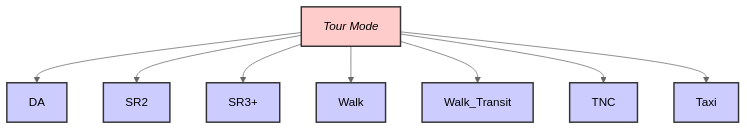
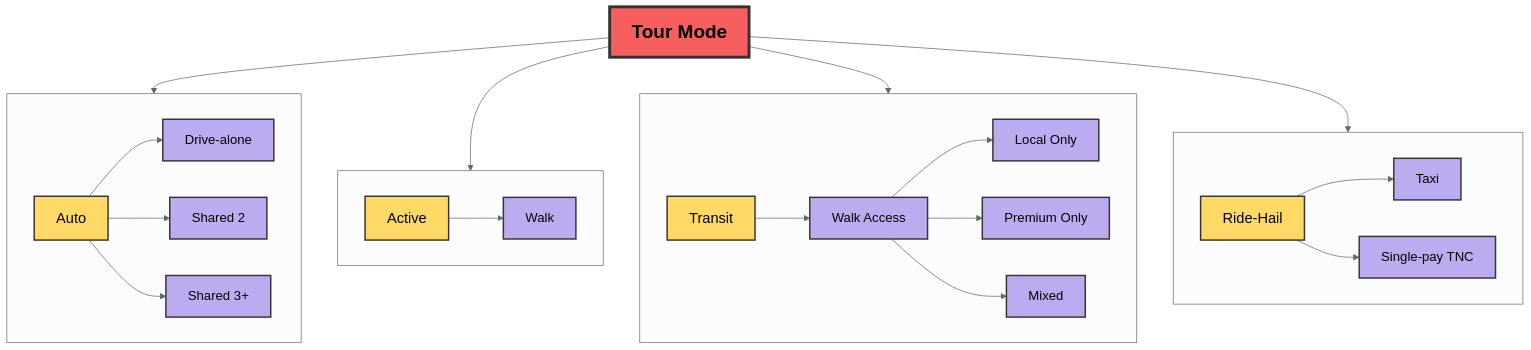
Before and after one commit to SANDAG/ABM: the fourth of 4 diagrams in docs/design.md, drawn with Mermaid (neutral theme). The commit also changed other lines of this file, not shown here.

Commit message:
Pretty flowchart

````diff
--- a/docs/design.md
+++ b/docs/design.md
@@ -307,21 +390,43 @@
 ```mermaid
-graph TD; 
-    A["`*Tour Mode*`"] --> B[DA];
-    A --> C[SR2];
-    A --> D[SR3+];
-    A --> E[Walk];
-    A --> H1[Walk_Transit];
-    A --> I[TNC];
-    A --> J[Taxi];
-    
+flowchart TD
+    subgraph four
+    direction LR
+    E[Ride-Hail] --> E1[Taxi]
+    E --> E2[Single-pay TNC];
+    end
+    subgraph three
+    direction LR
+    D[Transit] --> D1[Walk Access]
 
-    style A fill:#ffcccc,stroke:#333,stroke-width:2px;
-    style B fill:#ccccff,stroke:#333,stroke-width:2px;
-    style C fill:#ccccff,stroke:#333,stroke-width:2px;
-    style D fill:#ccccff,stroke:#333,stroke-width:2px;
-    style E fill:#ccccff,stroke:#333,stroke-width:2px;
-    style H1 fill:#ccccff,stroke:#333,stroke-width:2px;
-    style J fill:#ccccff,stroke:#333,stroke-width:2px;
-    style I fill:#ccccff,stroke:#333,stroke-width:2px;
+    D1 --> D11[Local Only]
+    D1 --> D12[Premium Only]
+    D1 --> D13[Mixed]
+    end
+    subgraph two
+    direction LR
+    C[Active] --> C1[Walk]
+    end
+
+    subgraph one
+    direction LR
+    B[Auto] --> B1[Drive-alone];
+    B --> B2[Shared 2];
+    B --> B3[Shared 3+];
+    end
+    A[Tour Mode] --> one;
+    A --> two;
+    A --> three;
+    A --> four;
+
+    classDef group1 fill:#f75f5f,stroke:#333,stroke-width:4px,font-size:26px,font-weight:bold;
+    classDef group2 fill:#ffd966,stroke:#333,stroke-width:2px,font-size:20px;
+    classDef group3 fill:#bdabf0,stroke:#333,stroke-width:2px,font-size:18px;
+
+    classDef hiddenTitle color:transparent;
+    class one,two,three,four hiddenTitle;
+
+    class A group1;
+    class B,C,D,E group2;
+    class B1,B2,B3,C1,C2,C3,C4,D1,D2,D3,D4,E1,E2,E3,D11,D12,D13,D21,D22,D23,D31,D32,D33,D41,D42,D43 group3;
 
 ```
````
